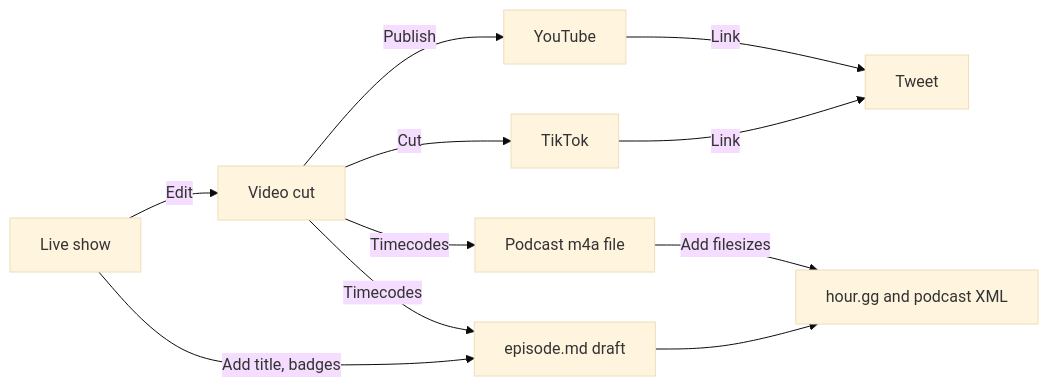
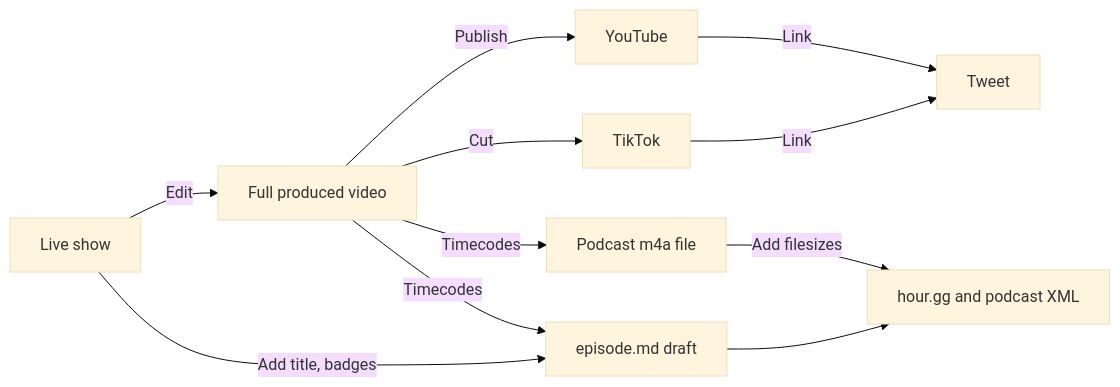
Before and after one commit to community-service/hour.gg: the diagram in instructions/Postproduction checklist.md, drawn with Mermaid (base theme). The commit also changed other lines of this file and 23 other files, not shown here.

````diff
--- a/instructions/Postproduction checklist.md
+++ b/instructions/Postproduction checklist.md
@@ -5,27 +5,27 @@
 ```mermaid
 graph LR
 s[Live show]
-v[Video cut]
+v[Full produced video]
 v2[TikTok]
 yt[YouTube]
 tw[Tweet]
 pm[Podcast m4a file]
 hggdraft[episode.md draft]
 hggpublished[hour.gg and podcast XML]
 
 v--Publish-->yt
 v--Cut-->v2
 yt--Link-->tw
 v2--Link-->tw
 s--Edit-->v
 s--Add title, badges-->hggdraft
 v--Timecodes-->pm
 v--Timecodes-->hggdraft
 pm--Add filesizes-->hggpublished
 hggdraft-->hggpublished
 
 click yt "https://www.youtube.com/playlist?list=PLaMigeN8Exx-ChNPpO-j6pFQ3F8oJWrBN"
 click hgg "https://github.com/community-service/hour.gg/tree/main/_drafts"
 click draft "https://github.com/community-service/hour.gg/tree/main/_drafts"
 click v2 "https://www.tiktok.com/@fulldecent"
 ```
````
